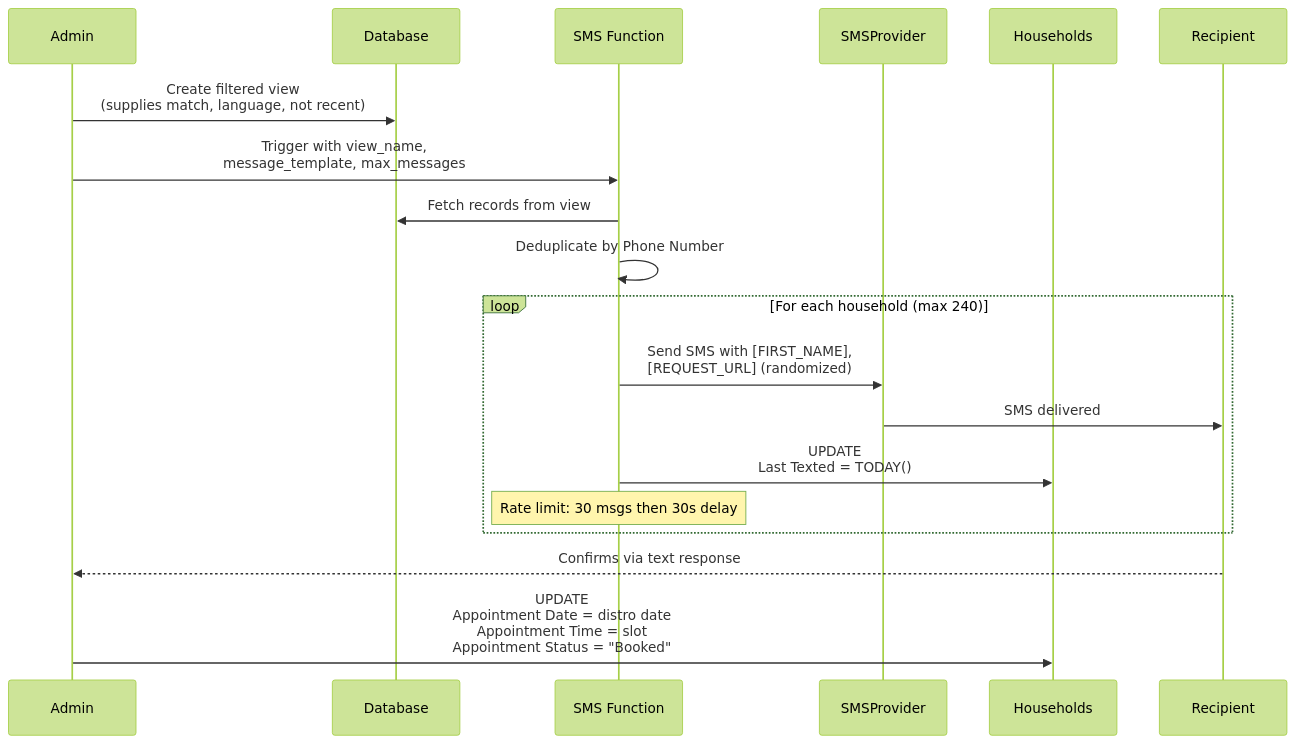
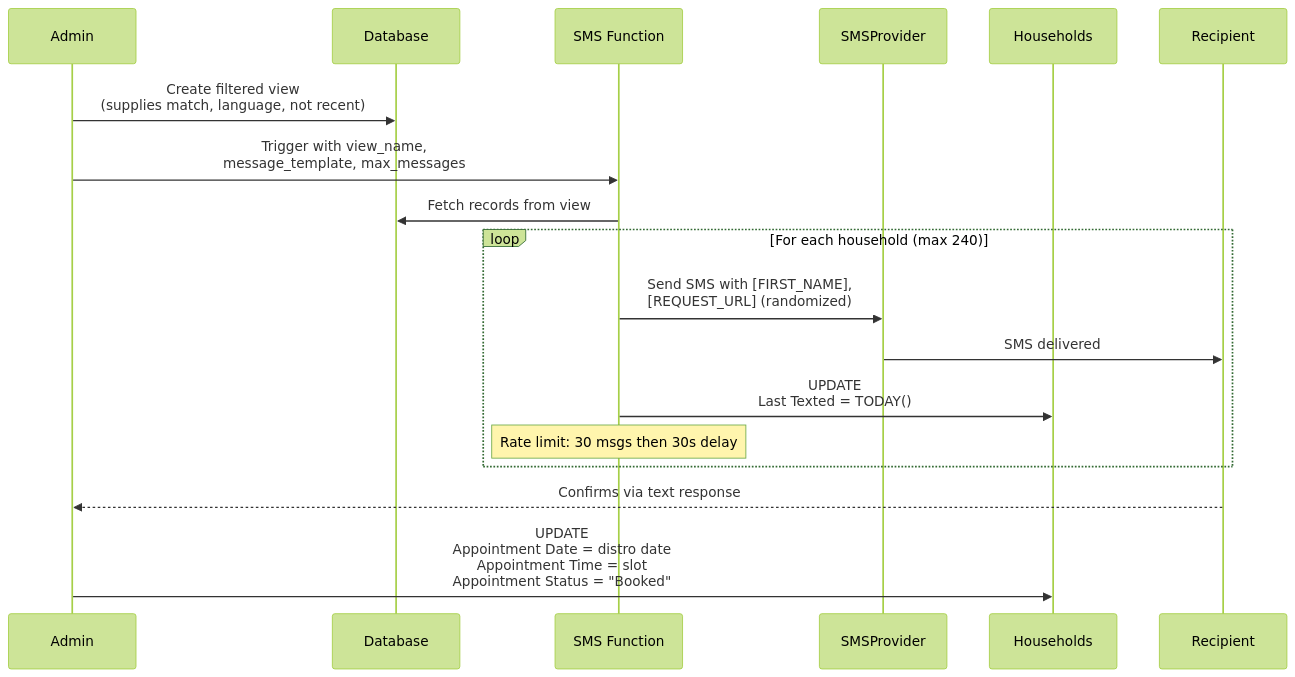
Before and after one commit to bushwickayudamutua/specs: the second of 5 diagrams in bam-mutual-aid-spec.md, drawn with Mermaid (forest theme). The commit also changed other lines of this file, not shown here.

Commit message:
Move sequence diagrams inline with their respective flows

````diff
--- a/bam-mutual-aid-spec.md
+++ b/bam-mutual-aid-spec.md
@@ -393,26 +304,25 @@
 ```mermaid
 sequenceDiagram
     participant Admin
     participant Database
     participant SMSFunction as SMS Function
     participant SMSProvider
     participant Households
     participant Recipient
 
     Admin->>Database: Create filtered view<br/>(supplies match, language, not recent)
     Admin->>SMSFunction: Trigger with view_name,<br/>message_template, max_messages
 
     SMSFunction->>Database: Fetch records from view
-    SMSFunction->>SMSFunction: Deduplicate by Phone Number
 
     loop For each household (max 240)
         SMSFunction->>SMSProvider: Send SMS with [FIRST_NAME],<br/>[REQUEST_URL] (randomized)
         SMSProvider->>Recipient: SMS delivered
         SMSFunction->>Households: UPDATE<br/>Last Texted = TODAY()
 
         Note over SMSFunction: Rate limit: 30 msgs then 30s delay
     end
 
     Recipient-->>Admin: Confirms via text response
     Admin->>Households: UPDATE<br/>Appointment Date = distro date<br/>Appointment Time = slot<br/>Appointment Status = "Booked"
 ```
````
